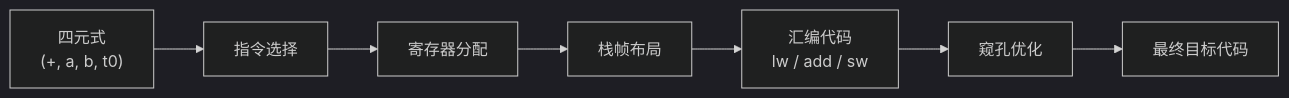
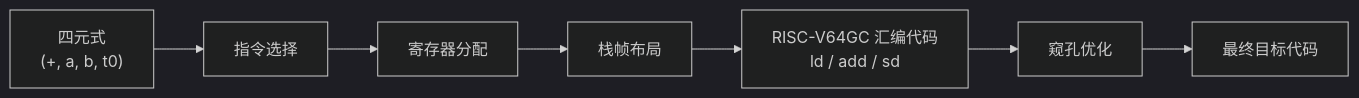
Before and after one commit to lightsmilew/compiler-principles: the first of 3 diagrams in docs/labs/lab7-codegen.md, drawn with Mermaid (dark theme). The commit also changed other lines of this file and 24 other files, not shown here.

````diff
--- a/docs/labs/lab7-codegen.md
+++ b/docs/labs/lab7-codegen.md
@@ -21,9 +21,9 @@
 ```mermaid
 flowchart LR
   IR["四元式<br/>(+, a, b, t0)"] --> IS[指令选择]
   IS --> RA[寄存器分配]
   RA --> FR[栈帧布局]
-  FR --> ASM["汇编代码<br/>lw / add / sw"]
+  FR --> ASM["RISC-V64GC 汇编代码<br/>ld / add / sd"]
   ASM --> PE[窥孔优化]
   PE --> OUT[最终目标代码]
 ```
````
